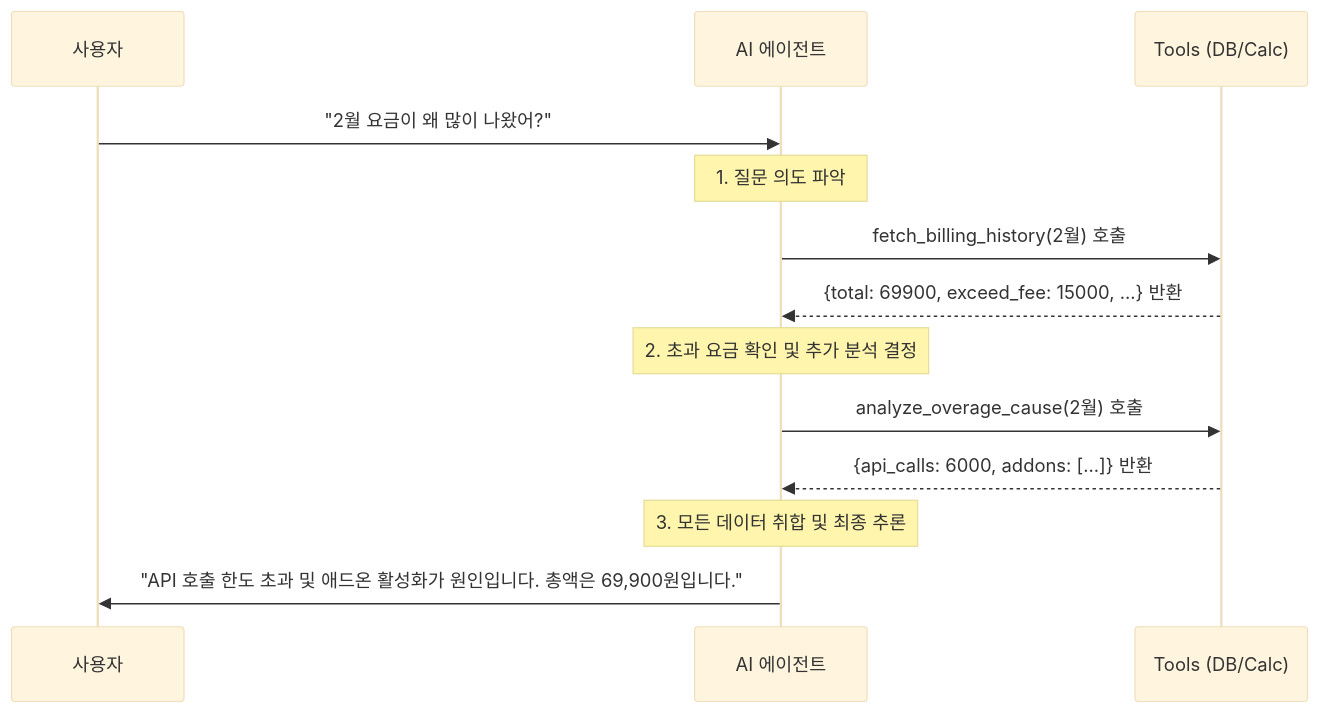
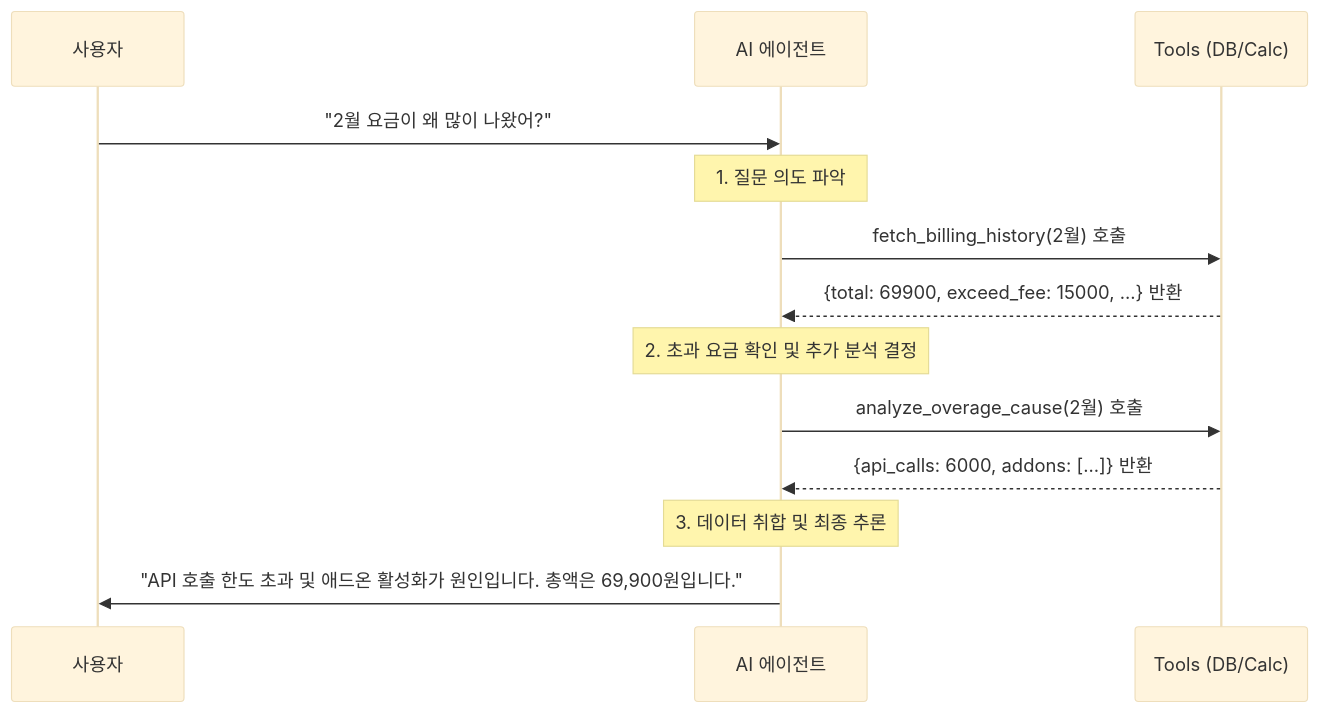
One commit to jpjp92/langtest changed the second of 3 diagrams in README.md. Above: the diagram before and after it, drawn with Mermaid (base theme). The commit also changed other lines of this file, not shown here.

````diff
--- a/README.md
+++ b/README.md
@@ -44,16 +46,16 @@
 ```mermaid
 sequenceDiagram
     participant U as 사용자
     participant A as AI 에이전트
     participant T as Tools (DB/Calc)
   
     U->>A: "2월 요금이 왜 많이 나왔어?"
     Note over A: 1. 질문 의도 파악
     A->>T: fetch_billing_history(2월) 호출
     T-->>A: {total: 69900, exceed_fee: 15000, ...} 반환
     Note over A: 2. 초과 요금 확인 및 추가 분석 결정
     A->>T: analyze_overage_cause(2월) 호출
     T-->>A: {api_calls: 6000, addons: [...]} 반환
-    Note over A: 3. 모든 데이터 취합 및 최종 추론
+    Note over A: 3. 데이터 취합 및 최종 추론
     A->>U: "API 호출 한도 초과 및 애드온 활성화가 원인입니다. 총액은 69,900원입니다."
 ```
````
